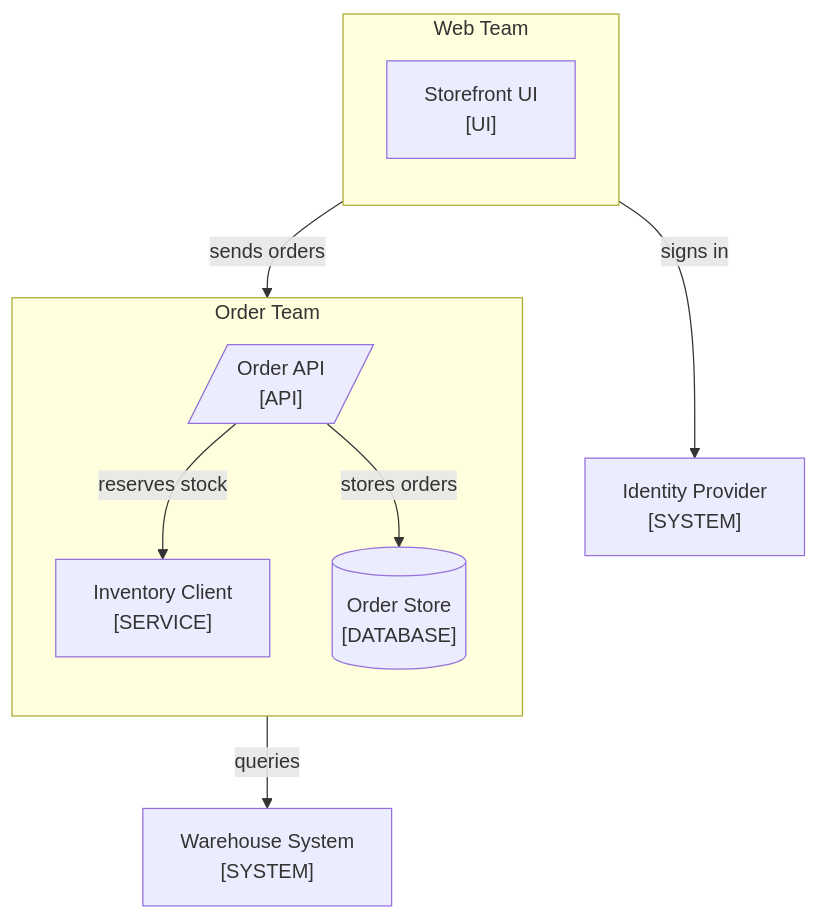
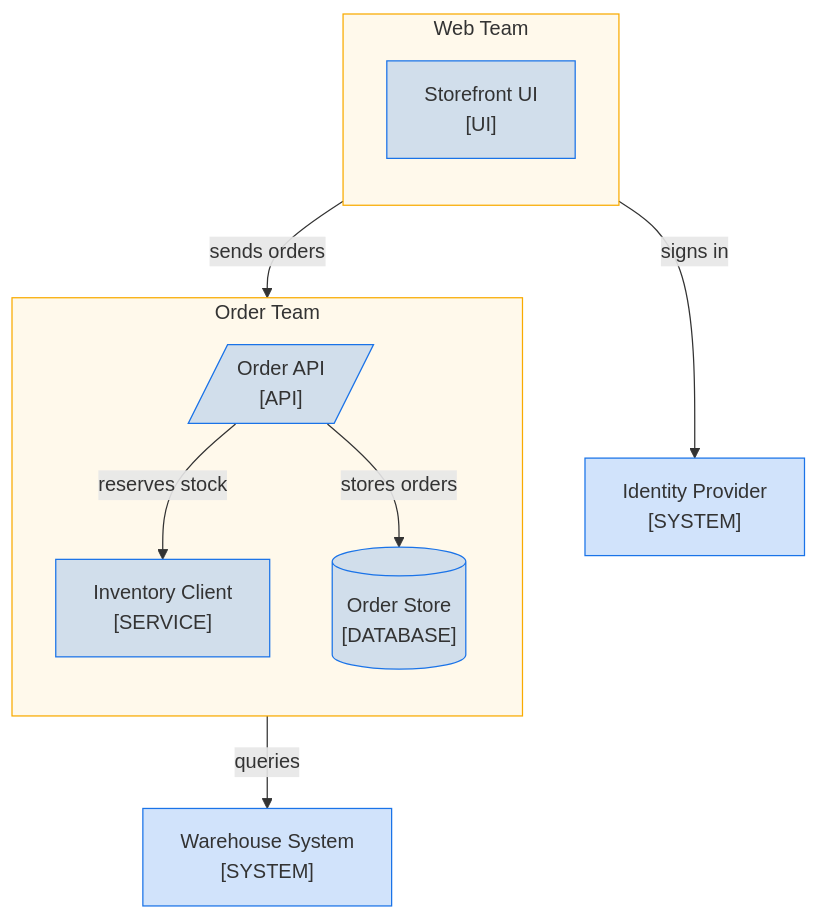
Before and after one commit to choonchernlim/skills: the diagram in skills/docsmith/scripts/fixtures/good/docs/architecture.md, drawn with Mermaid. The commit also changed other lines of this file and 47 other files, not shown here.

First line of the commit message:
feat(docsmith): require owner colors, sequence owner bands, and docs domain folders

````diff
--- a/skills/docsmith/scripts/fixtures/good/docs/architecture.md
+++ b/skills/docsmith/scripts/fixtures/good/docs/architecture.md
@@ -15,23 +15,28 @@
 ```mermaid
 graph TD
   subgraph Web["Web Team"]
     direction TB
     Browser["Storefront UI<br/>[UI]"]
   end
 
   subgraph Orders["Order Team"]
     direction TB
     Route[/"Order API<br/>[API]"/]
     Inventory["Inventory Client<br/>[SERVICE]"]
     Store[("Order Store<br/>[DATABASE]")]
   end
 
   Identity["Identity Provider<br/>[SYSTEM]"]
   Warehouse["Warehouse System<br/>[SYSTEM]"]
 
   Browser -->|"signs in"| Identity
   Browser -->|"sends orders"| Route
   Route -->|"reserves stock"| Inventory
   Route -->|"stores orders"| Store
   Inventory -->|"queries"| Warehouse
+
+  class Browser,Route,Inventory,Store,Identity,Warehouse own
+  class Web,Orders boundary
+  classDef own fill:#1a73e833,stroke:#1a73e8
+  classDef boundary fill:#f9ab0014,stroke:#f9ab00
 ```
````
